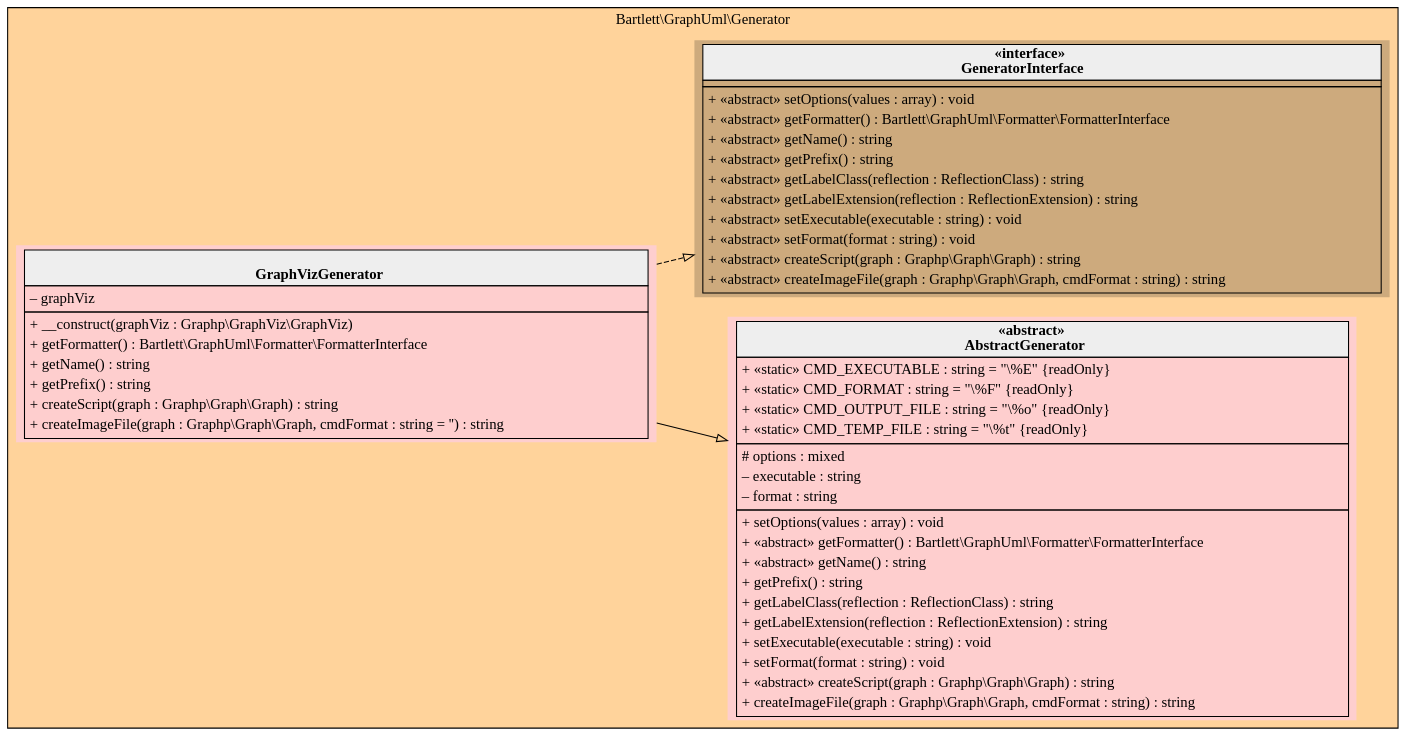
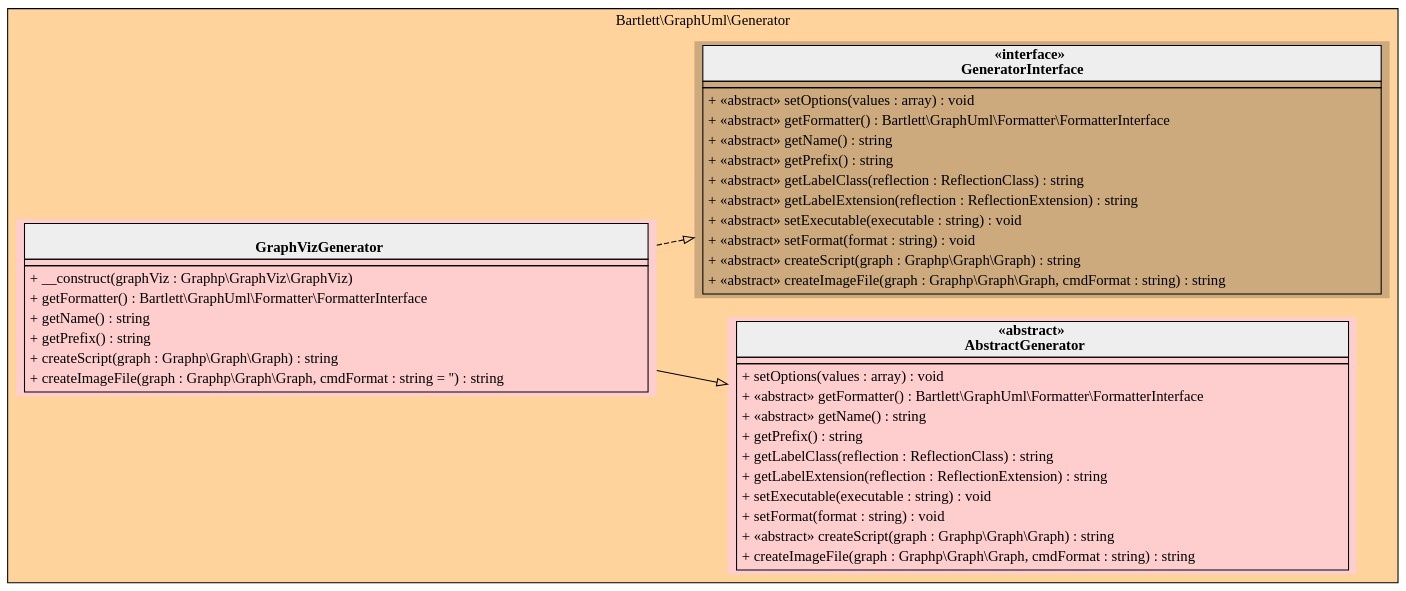
The diagram in 1.4/assets/images/generator.html.gv (llaville/graph-uml), drawn with Graphviz before and after one commit. The commit also changed 18 other files, not shown here.

```diff
--- a/1.4/assets/images/generator.html.gv
+++ b/1.4/assets/images/generator.html.gv
@@ -1,69 +1,57 @@
 digraph {
   graph [rankdir="LR" bgcolor="transparent"]
   node [fillcolor="#FECECE" style="filled"]
   subgraph cluster_0 {
     graph [bgcolor="burlywood1"]
     label = "Bartlett\\GraphUml\\Generator"
     "Bartlett\\GraphUml\\Generator\\GraphVizGenerator" [shape="none" label=<
 <table cellspacing="0" border="0" cellborder="1">
     <tr><td bgcolor="#eeeeee"><b><br/>GraphVizGenerator</b></td></tr>
-    <tr><td><table border="0" cellspacing="0" cellpadding="2">
-    <tr><td align="left">– graphViz</td></tr>
-</table></td></tr>
+    <tr><td></td></tr>
     <tr><td><table border="0" cellspacing="0" cellpadding="2">
     <tr><td align="left">+ __construct(graphViz : Graphp\\GraphViz\\GraphViz)</td></tr>
     <tr><td align="left">+ getFormatter() : Bartlett\\GraphUml\\Formatter\\FormatterInterface</td></tr>
     <tr><td align="left">+ getName() : string</td></tr>
     <tr><td align="left">+ getPrefix() : string</td></tr>
     <tr><td align="left">+ createScript(graph : Graphp\\Graph\\Graph) : string</td></tr>
     <tr><td align="left">+ createImageFile(graph : Graphp\\Graph\\Graph, cmdFormat : string = '') : string</td></tr>
 </table></td></tr>
 </table>>]
     "Bartlett\\GraphUml\\Generator\\AbstractGenerator" [shape="none" label=<
 <table cellspacing="0" border="0" cellborder="1">
     <tr><td bgcolor="#eeeeee"><b>«abstract»<br/>AbstractGenerator</b></td></tr>
-    <tr><td><table border="0" cellspacing="0" cellpadding="2">
-    <tr><td align="left">+ «static» CMD_EXECUTABLE : string = "\%E" {readOnly}</td></tr>
-    <tr><td align="left">+ «static» CMD_FORMAT : string = "\%F" {readOnly}</td></tr>
-    <tr><td align="left">+ «static» CMD_OUTPUT_FILE : string = "\%o" {readOnly}</td></tr>
-    <tr><td align="left">+ «static» CMD_TEMP_FILE : string = "\%t" {readOnly}</td></tr>
-</table></td></tr>
-    <tr><td><table border="0" cellspacing="0" cellpadding="2">
-    <tr><td align="left"># options : mixed</td></tr>
-    <tr><td align="left">– executable : string</td></tr>
-    <tr><td align="left">– format : string</td></tr>
-</table></td></tr>
+    <tr><td></td></tr>
     <tr><td><table border="0" cellspacing="0" cellpadding="2">
     <tr><td align="left">+ setOptions(values : array) : void</td></tr>
     <tr><td align="left">+ «abstract» getFormatter() : Bartlett\\GraphUml\\Formatter\\FormatterInterface</td></tr>
     <tr><td align="left">+ «abstract» getName() : string</td></tr>
     <tr><td align="left">+ getPrefix() : string</td></tr>
     <tr><td align="left">+ getLabelClass(reflection : ReflectionClass) : string</td></tr>
     <tr><td align="left">+ getLabelExtension(reflection : ReflectionExtension) : string</td></tr>
     <tr><td align="left">+ setExecutable(executable : string) : void</td></tr>
     <tr><td align="left">+ setFormat(format : string) : void</td></tr>
     <tr><td align="left">+ «abstract» createScript(graph : Graphp\\Graph\\Graph) : string</td></tr>
     <tr><td align="left">+ createImageFile(graph : Graphp\\Graph\\Graph, cmdFormat : string) : string</td></tr>
 </table></td></tr>
 </table>>]
     "Bartlett\\GraphUml\\Generator\\GeneratorInterface" [shape="none" label=<
 <table cellspacing="0" border="0" cellborder="1">
     <tr><td bgcolor="#eeeeee"><b>«interface»<br/>GeneratorInterface</b></td></tr>
     <tr><td></td></tr>
     <tr><td><table border="0" cellspacing="0" cellpadding="2">
     <tr><td align="left">+ «abstract» setOptions(values : array) : void</td></tr>
     <tr><td align="left">+ «abstract» getFormatter() : Bartlett\\GraphUml\\Formatter\\FormatterInterface</td></tr>
     <tr><td align="left">+ «abstract» getName() : string</td></tr>
     <tr><td align="left">+ «abstract» getPrefix() : string</td></tr>
     <tr><td align="left">+ «abstract» getLabelClass(reflection : ReflectionClass) : string</td></tr>
     <tr><td align="left">+ «abstract» getLabelExtension(reflection : ReflectionExtension) : string</td></tr>
     <tr><td align="left">+ «abstract» setExecutable(executable : string) : void</td></tr>
     <tr><td align="left">+ «abstract» setFormat(format : string) : void</td></tr>
     <tr><td align="left">+ «abstract» createScript(graph : Graphp\\Graph\\Graph) : string</td></tr>
     <tr><td align="left">+ «abstract» createImageFile(graph : Graphp\\Graph\\Graph, cmdFormat : string) : string</td></tr>
 </table></td></tr>
 </table>> fillcolor="burlywood3"]
   }
   "Bartlett\\GraphUml\\Generator\\GraphVizGenerator" -> "Bartlett\\GraphUml\\Generator\\AbstractGenerator" [arrowhead="empty" style="filled"]
   "Bartlett\\GraphUml\\Generator\\GraphVizGenerator" -> "Bartlett\\GraphUml\\Generator\\GeneratorInterface" [arrowhead="empty" style="dashed"]
 }
```
